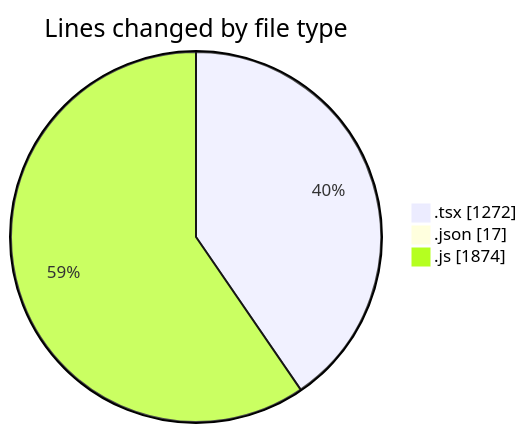
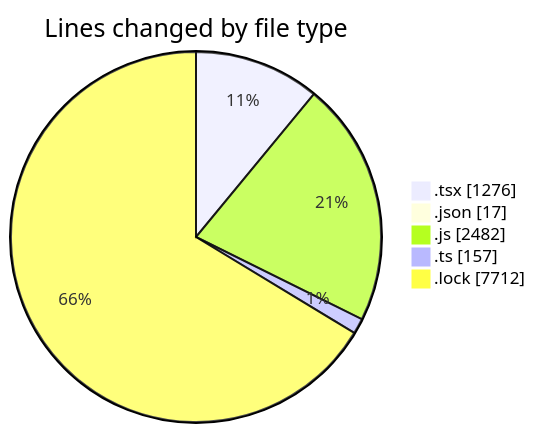
One commit to momahboobian/code-tracking changed the first of 2 diagrams in 2025-04-28/cda/README.md. Above: the diagram before and after it, drawn with Mermaid. The commit also changed other lines of this file and 1 other file, not shown here.

````diff
--- a/2025-04-28/cda/README.md
+++ b/2025-04-28/cda/README.md
@@ -26,7 +29,9 @@
 ```mermaid
 pie showData
 title Lines changed by file type
-".tsx" : 1272
+".tsx" : 1276
 ".json" : 17
-".js" : 1874
+".js" : 2482
+".ts" : 157
+".lock" : 7712
 ```
````
